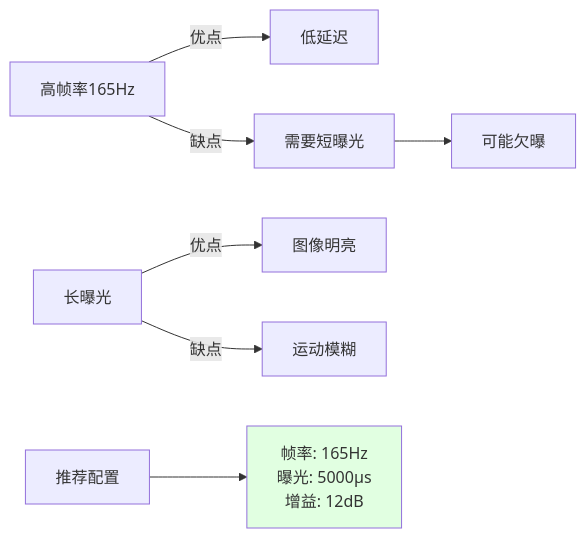
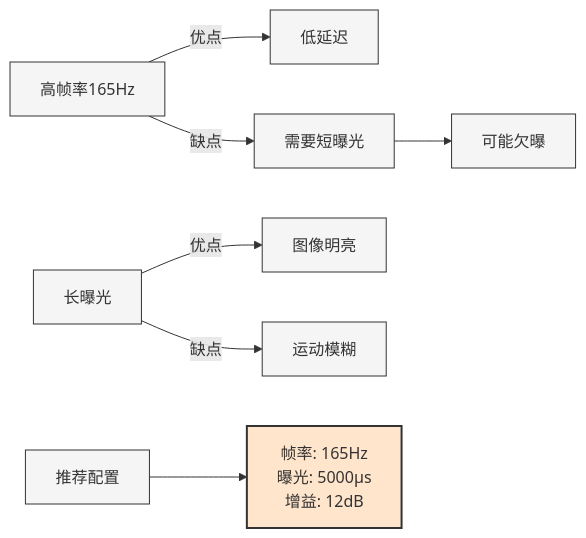
Before and after one commit to happywosabi/pb2025_sentry_ws: the fifth of 6 diagrams in docs/02_硬件接口层.md, drawn with Mermaid. The commit also changed other lines of this file and 5 other files, not shown here.

````diff
--- a/docs/02_硬件接口层.md
+++ b/docs/02_硬件接口层.md
@@ -320,13 +331,17 @@
 ```mermaid
 graph LR
     A[高帧率165Hz] -->|优点| B[低延迟]
     A -->|缺点| C[需要短曝光]
     C --> D[可能欠曝]
 
     E[长曝光] -->|优点| F[图像明亮]
     E -->|缺点| G[运动模糊]
 
     H[推荐配置] --> I[帧率: 165Hz<br>曝光: 5000μs<br>增益: 12dB]
 
-    style I fill:#e1ffe1
+    classDef hardwareClass fill:#FFE5CC,stroke:#333,stroke-width:2px
+    classDef processClass fill:#F5F5F5,stroke:#333,stroke-width:1px
+
+    class I hardwareClass
+    class A,B,C,D,E,F,G,H processClass
 ```
````
